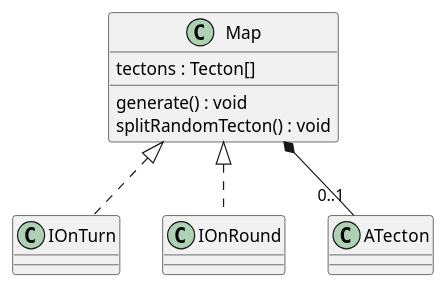
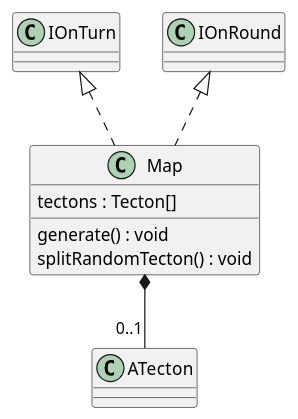
The diagram in 3/classes/map.puml (Petya-G/fungorium), drawn with PlantUML before and after one commit. The commit also changed 4 other files, not shown here.

```diff
--- a/3/classes/map.puml
+++ b/3/classes/map.puml
@@ -1,10 +1,10 @@
 @startuml map
-Map <|.. IOnTurn
-Map <|.. IOnRound
+IOnTurn <|.. Map 
+IOnRound <|.. Map
 Map *-- "0..1" ATecton
 class Map{
     tectons : Tecton[]
     generate() : void
     splitRandomTecton() : void
 }
 @enduml
```
